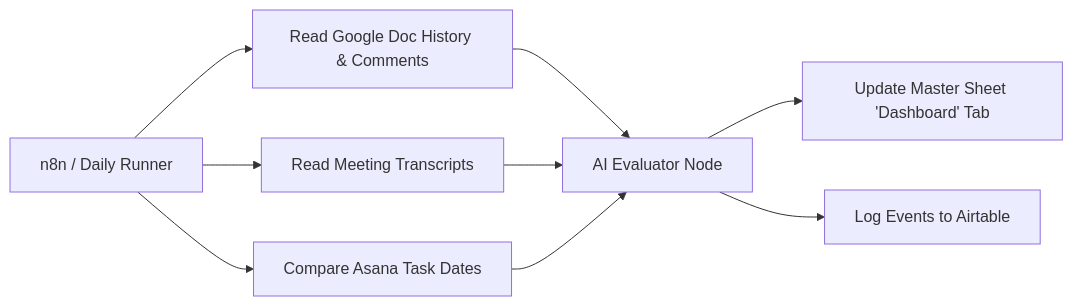
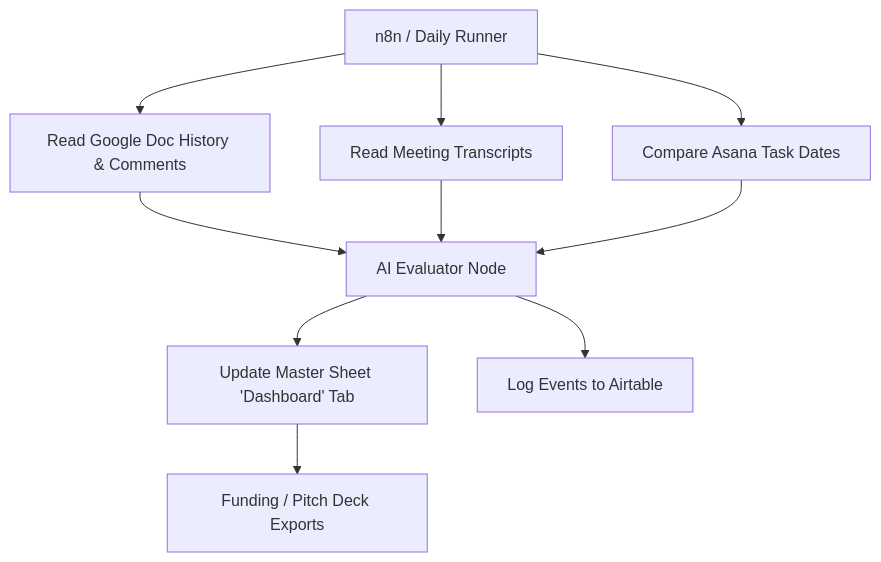
One commit to WhatsThisClint/irc-workflow changed the diagram in docs/brainstorms/2026-07-04-irc-workflow-scaling-requirements.md. Above: the diagram before and after it, drawn with Mermaid. The commit also changed other lines of this file and 29 other files, not shown here.

Commit message:
feat: complete multi-agent metrics tracking, weekly digest compilation, elaborate docs, and Graphify indexing

````diff
--- a/docs/brainstorms/2026-07-04-irc-workflow-scaling-requirements.md
+++ b/docs/brainstorms/2026-07-04-irc-workflow-scaling-requirements.md
@@ -49,13 +61,15 @@
 ```mermaid
-graph LR
+graph TD
     A[n8n / Daily Runner] --> B[Read Google Doc History & Comments]
     A --> C[Read Meeting Transcripts]
     A --> D[Compare Asana Task Dates]
     
     B --> E[AI Evaluator Node]
     C --> E
     D --> E
     
     E --> F[Update Master Sheet 'Dashboard' Tab]
     E --> G[Log Events to Airtable]
+    
+    F --> H[Funding / Pitch Deck Exports]
 ```
````
